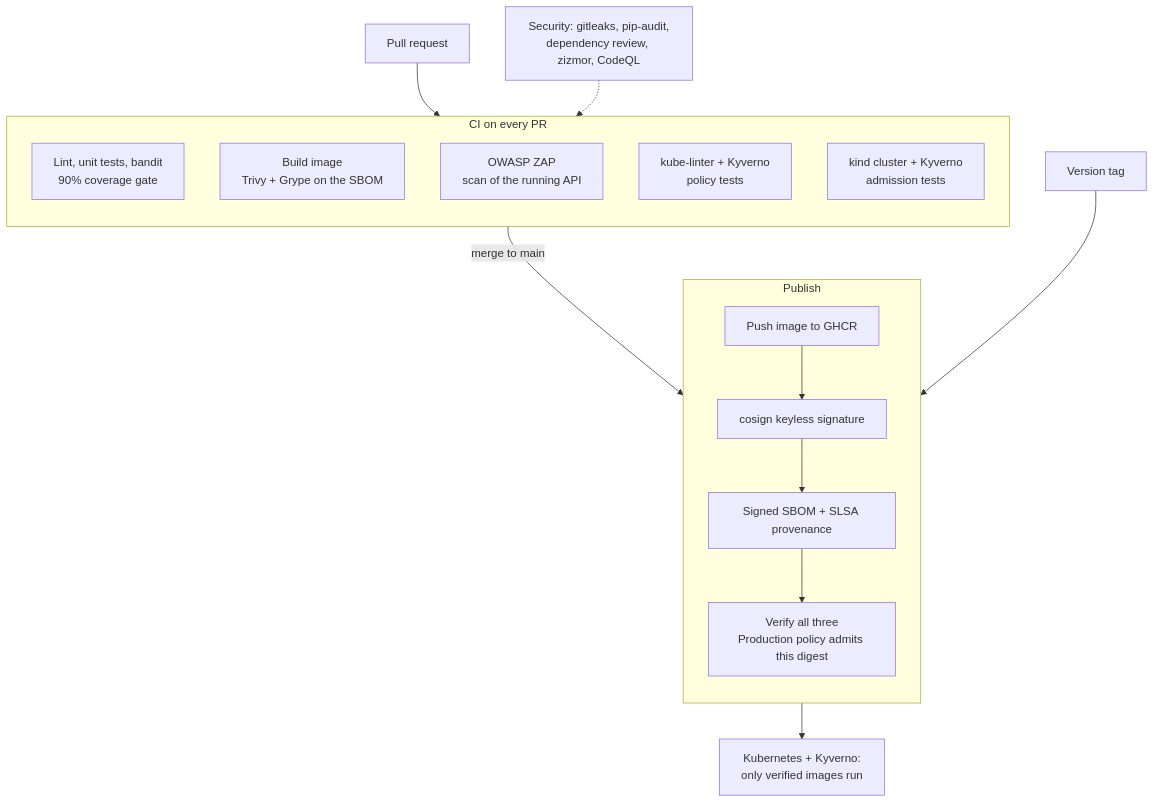
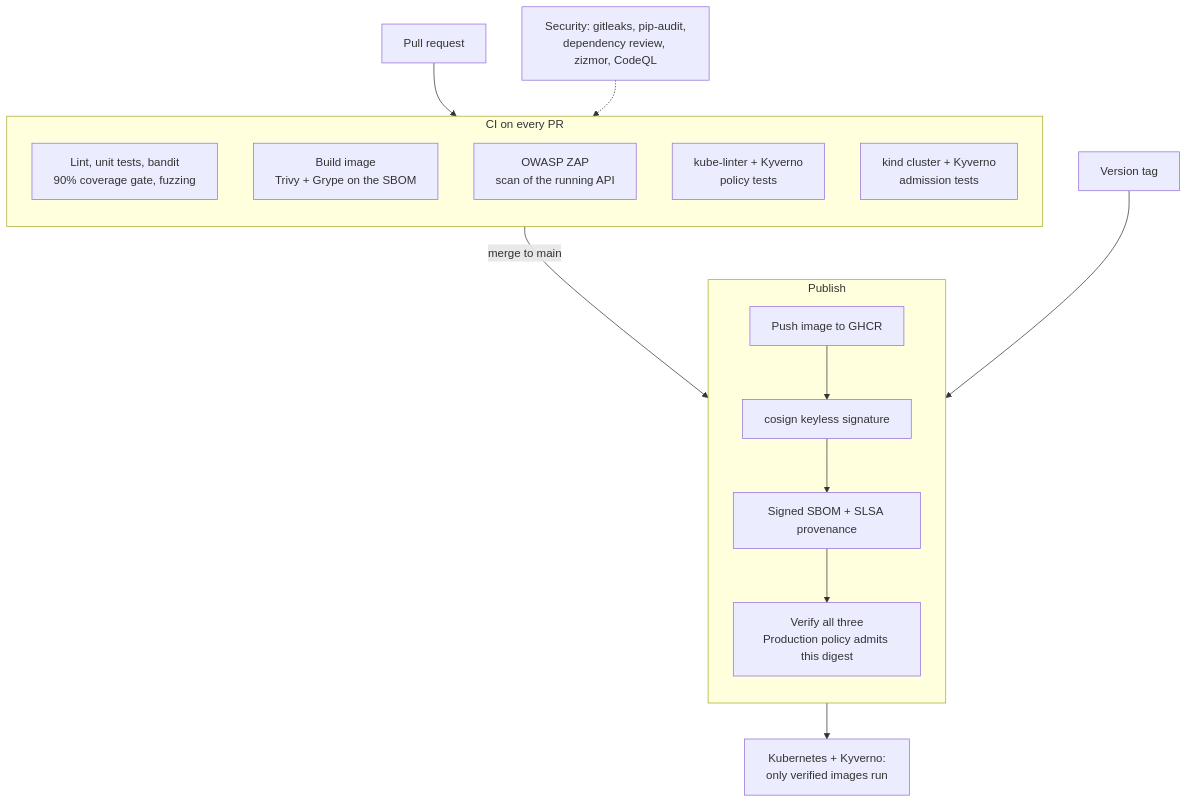
One commit to Abhirup-code/Secure-supply-chain changed the diagram in README.md. Above: the diagram before and after it, drawn with Mermaid. The commit also changed other lines of this file and 1 other file, not shown here.

Commit message:
Document the fuzzing results

````diff
--- a/README.md
+++ b/README.md
@@ -15,22 +15,22 @@
 ```mermaid
 flowchart TB
     PR[Pull request] --> CI
     subgraph CI [CI on every PR]
         direction TB
-        A[Lint, unit tests, bandit<br/>90% coverage gate]
+        A[Lint, unit tests, bandit<br/>90% coverage gate, fuzzing]
         B[Build image<br/>Trivy + Grype on the SBOM]
         C[OWASP ZAP<br/>scan of the running API]
         D[kube-linter + Kyverno<br/>policy tests]
         E[kind cluster + Kyverno<br/>admission tests]
     end
     SEC[Security: gitleaks, pip-audit,<br/>dependency review, zizmor, CodeQL] -.-> CI
     CI -->|merge to main| P
     TAG[Version tag] --> P
     subgraph P [Publish]
         direction TB
         P1[Push image to GHCR] --> P2[cosign keyless signature]
         P2 --> P3[Signed SBOM + SLSA provenance]
         P3 --> P4[Verify all three<br/>Production policy admits this digest]
     end
     P --> K[Kubernetes + Kyverno:<br/>only verified images run]
 ```
````
